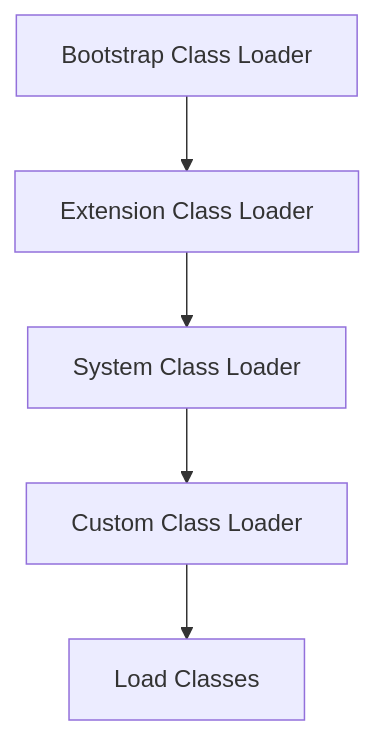
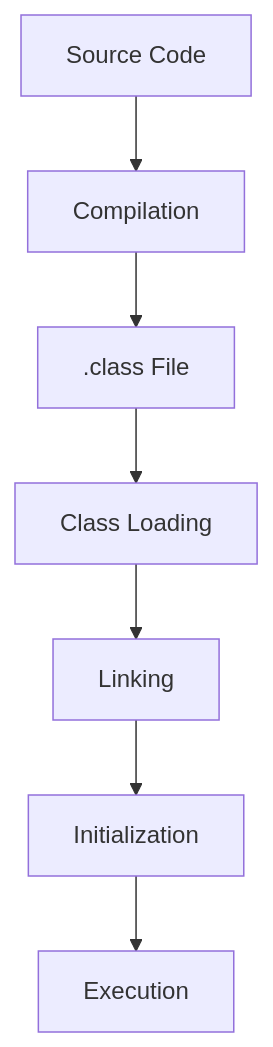
Before and after one commit to VrushankPatel/interview-matters: the diagram in jvm-internals-class-loading/README.md, drawn with Mermaid. The commit also changed other lines of this file and 6 other files, not shown here.

````diff
--- a/jvm-internals-class-loading/README.md
+++ b/jvm-internals-class-loading/README.md
@@ -37,7 +53,9 @@
 ```mermaid
 graph TD
-    A[Bootstrap Class Loader] --> B[Extension Class Loader]
-    B --> C[System Class Loader]
-    C --> D[Custom Class Loader]
-    D --> E[Load Classes]
+    A[Source Code] --> B[Compilation]
+    B --> C[.class File]
+    C --> D[Class Loading]
+    D --> E[Linking]
+    E --> F[Initialization]
+    F --> G[Execution]
 ```
````
